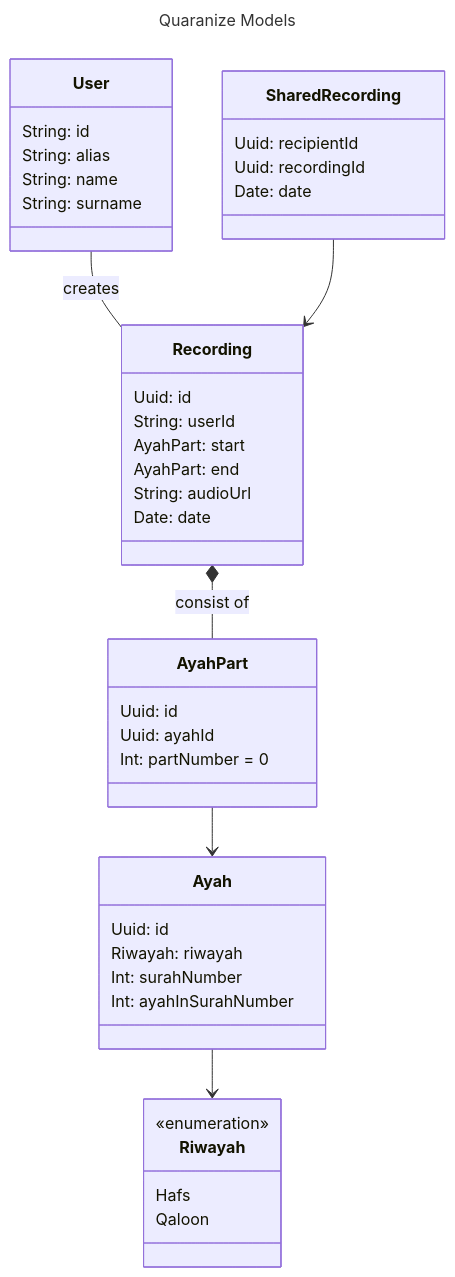
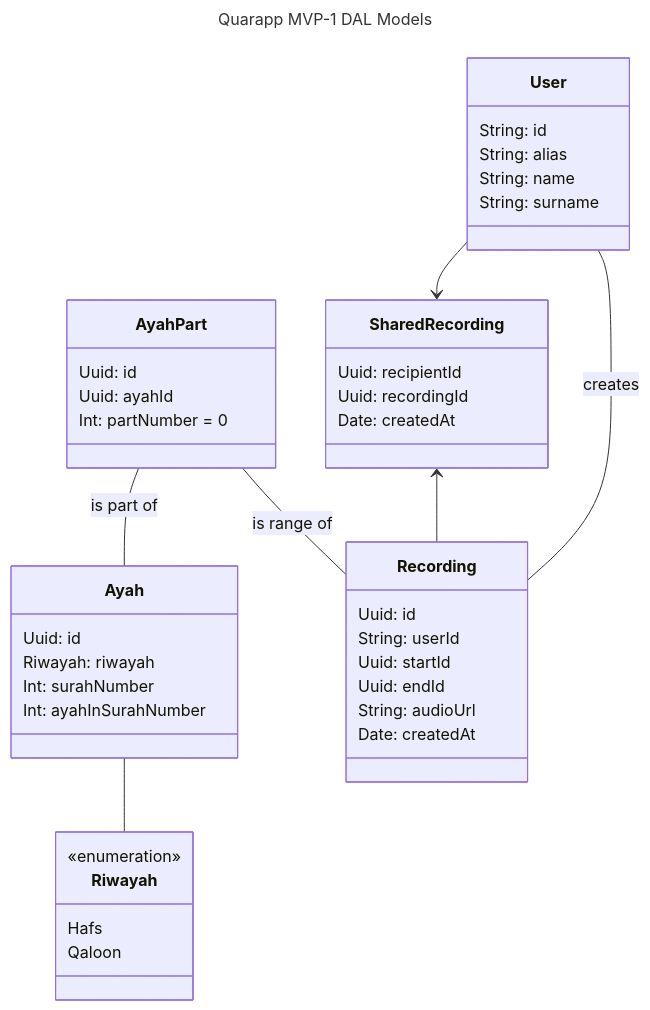
One commit to CrowdsourcingApps/QuaranApp_Backend changed the diagram in models_mvp_v1.mmd. Above: the diagram before and after it, drawn with Mermaid. The commit also changed 95 other files, not shown here.

```diff
--- a/models_mvp_v1.mmd
+++ b/models_mvp_v1.mmd
@@ -1,44 +1,45 @@
 ---
-title: Quaranize Models
+title: Quarapp MVP-1 DAL Models
 ---
 classDiagram
 class Riwayah {
     <<enumeration>>
     Hafs
     Qaloon
 }
 class AyahPart {
     Uuid: id
     Uuid: ayahId
     Int: partNumber = 0
 }
 class Ayah {
     Uuid: id
     Riwayah: riwayah
     Int: surahNumber
     Int: ayahInSurahNumber
 }
 class User {
     String: id
     String: alias
     String: name
     String: surname
 }
 class Recording {
     Uuid: id
     String: userId
-    AyahPart: start
-    AyahPart: end 
+    Uuid: startId
+    Uuid: endId
     String: audioUrl
-    Date: date
+    Date: createdAt
 }
 class SharedRecording {
     Uuid: recipientId
     Uuid: recordingId
-    Date: date
+    Date: createdAt
 }
-Recording *-- AyahPart: consist of
 User -- Recording: creates
-AyahPart --> Ayah
-Ayah --> Riwayah
-SharedRecording --> Recording
+User --> SharedRecording
+SharedRecording <-- Recording
+AyahPart -- Recording: is range of
+AyahPart -- Ayah: is part of
+Ayah -- Riwayah
```
